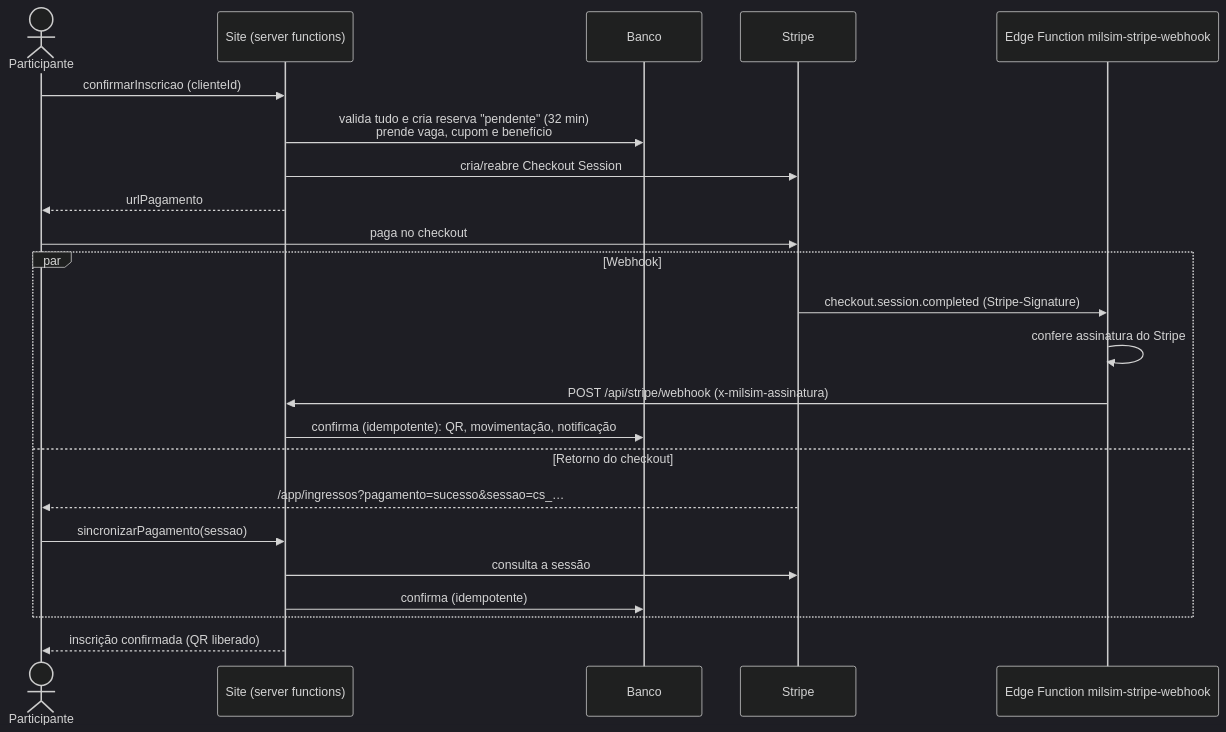
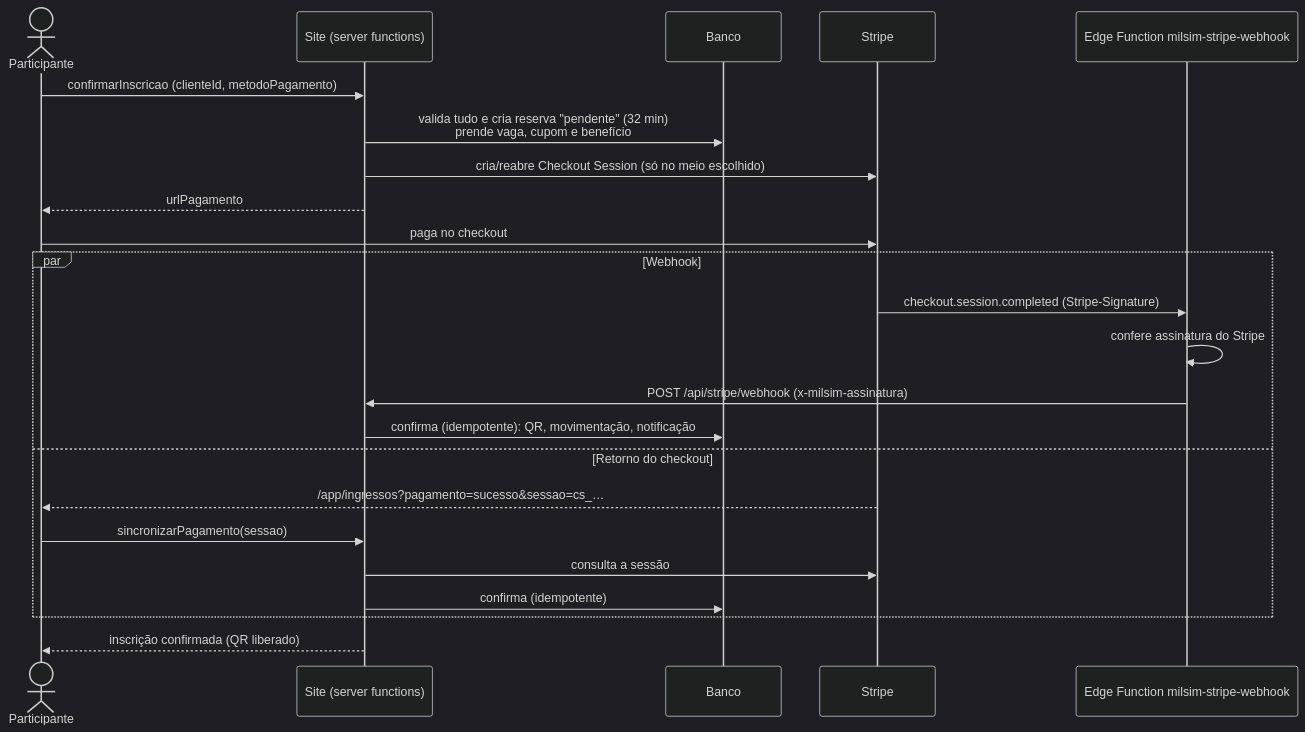
Before and after one commit to Fala-Operador/milsim-ops: the third of 11 diagrams in docs/fluxos.md, drawn with Mermaid (dark theme). The commit also changed other lines of this file and 14 other files, not shown here.

First line of the commit message:
Inscrição: comprador escolhe a forma de pagamento antes do checkout

````diff
--- a/docs/fluxos.md
+++ b/docs/fluxos.md
@@ -76,26 +76,26 @@
 ```mermaid
 sequenceDiagram
     actor P as Participante
     participant App as Site (server functions)
     participant DB as Banco
     participant S as Stripe
     participant E as Edge Function milsim-stripe-webhook
 
-    P->>App: confirmarInscricao (clienteId)
+    P->>App: confirmarInscricao (clienteId, metodoPagamento)
     App->>DB: valida tudo e cria reserva "pendente" (32 min)<br/>prende vaga, cupom e benefício
-    App->>S: cria/reabre Checkout Session
+    App->>S: cria/reabre Checkout Session (só no meio escolhido)
     App-->>P: urlPagamento
     P->>S: paga no checkout
     par Webhook
         S->>E: checkout.session.completed (Stripe-Signature)
         E->>E: confere assinatura do Stripe
         E->>App: POST /api/stripe/webhook (x-milsim-assinatura)
         App->>DB: confirma (idempotente): QR, movimentação, notificação
     and Retorno do checkout
         S-->>P: /app/ingressos?pagamento=sucesso&sessao=cs_…
         P->>App: sincronizarPagamento(sessao)
         App->>S: consulta a sessão
         App->>DB: confirma (idempotente)
     end
     App-->>P: inscrição confirmada (QR liberado)
 ```
````
